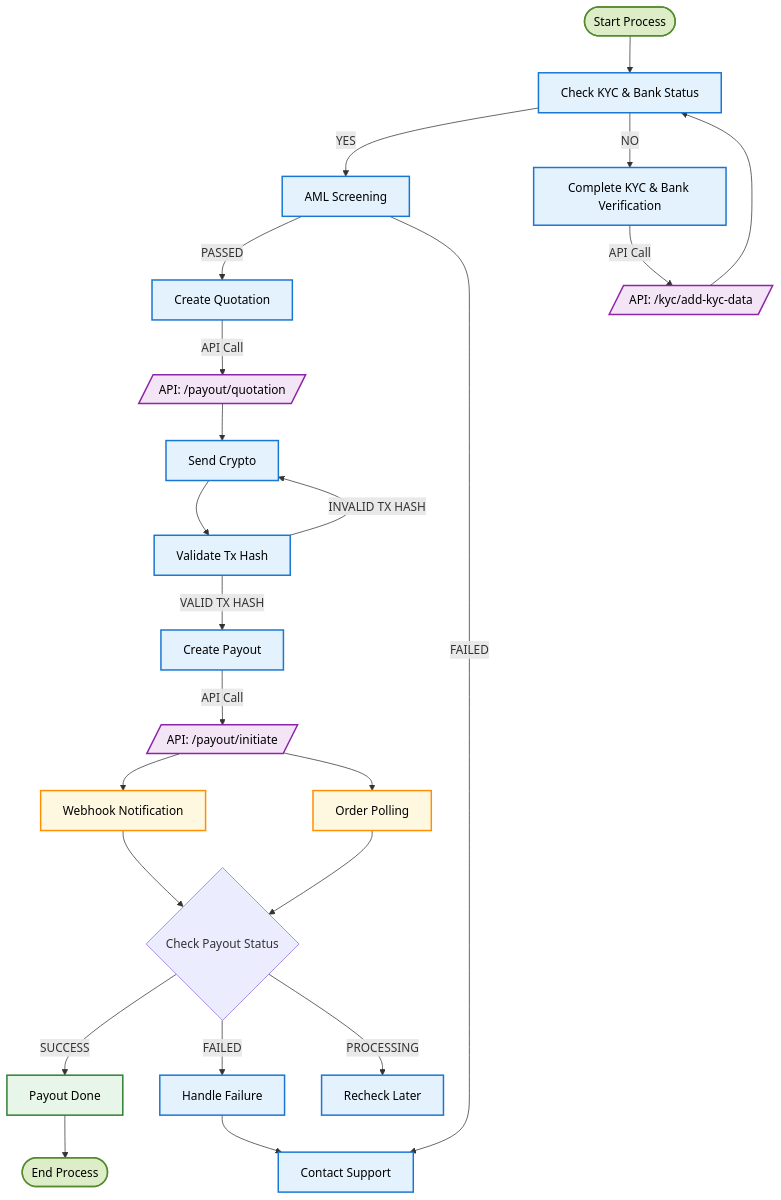
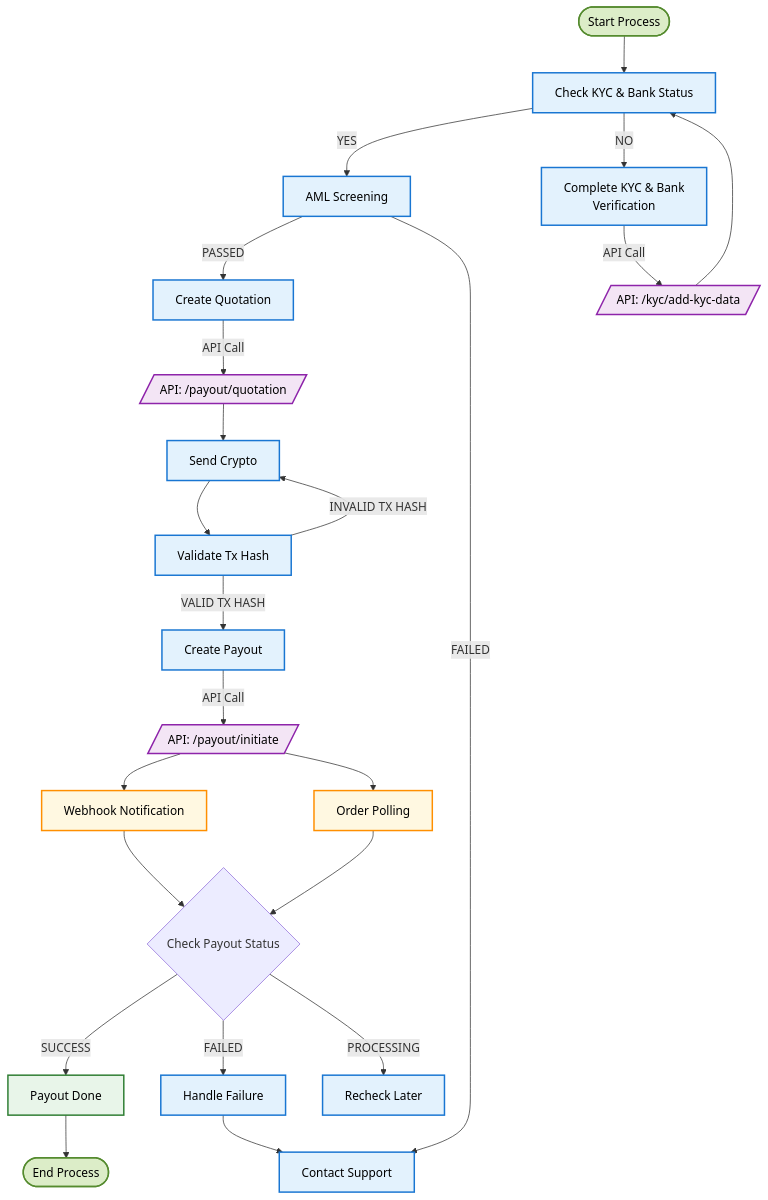
Before and after one commit to DollarPe-Infra/docs: the first of 2 diagrams in api-reference-other/integration-guides/payout-integration-guide.mdx, drawn with Mermaid. The commit also changed other lines of this file and 7 other files, not shown here.

````diff
--- a/api-reference-other/integration-guides/payout-integration-guide.mdx
+++ b/api-reference-other/integration-guides/payout-integration-guide.mdx
@@ -45,48 +45,49 @@
 ```mermaid
 flowchart TD
     Start([Start Process]) --> CheckKYC[Check KYC & Bank Status]
     CheckKYC -->|YES| AMLScreening[AML Screening]
-    CheckKYC -->|NO| AddKYC[Complete KYC & Bank Verification]
-    
+    CheckKYC -->|NO| AddKYC["Complete KYC & Bank 
+    Verification"]
+
     AddKYC -->|API Call| KycAPI[/API: /kyc/add-kyc-data/]
     KycAPI --> CheckKYC
 
     AMLScreening -->|PASSED| CreateQuote[Create Quotation]
     AMLScreening -->|FAILED| ContactSupport[Contact Support]
 
     CreateQuote -->|API Call| QuoteAPI[/API: /payout/quotation/]
     QuoteAPI --> SendCrypto[Send Crypto]
 
     SendCrypto --> ValidateTx[Validate Tx Hash]
 
     ValidateTx -->|VALID TX HASH| CreatePayout[Create Payout]
     ValidateTx -->|INVALID TX HASH| SendCrypto
 
     CreatePayout -->|API Call| PayoutAPI[/API: /payout/initiate/]
     PayoutAPI --> WebhookNotification[Webhook Notification]
     PayoutAPI --> PollStatus[Order Polling]
 
     WebhookNotification --> PayoutStatus{Check Payout Status}
     PollStatus --> PayoutStatus
 
     PayoutStatus -->|SUCCESS| PayoutDone[Payout Done]
     PayoutStatus -->|FAILED| HandleFail[Handle Failure]
     PayoutStatus -->|PROCESSING| WaitRetry[Recheck Later]
 
     HandleFail --> ContactSupport
     PayoutDone --> End([End Process])
 
     classDef startEndNode fill:#dcedc8,stroke:#558b2f,stroke-width:2px,color:#000
     classDef mainNode fill:#e3f2fd,stroke:#1976d2,stroke-width:2px,color:#000
     classDef apiNode fill:#f3e5f5,stroke:#8e24aa,stroke-width:2px,color:#000
     classDef stateNode fill:#e8f5e9,stroke:#2e7d32,stroke-width:2px,color:#000
     classDef failureNode fill:#ffebee,stroke:#c62828,stroke-width:2px,color:#000
     classDef waitNode fill:#fff8e1,stroke:#ff8f00,stroke-width:2px,color:#000
 
     class Start,End startEndNode
     class CheckKYC,AddKYC,AMLScreening,CreateQuote,SendCrypto,ValidateTx,CreatePayout,HandleFail,ContactSupport,WaitRetry mainNode
     class KycAPI,QuoteAPI,SendAPI,PayoutAPI apiNode
     class WebhookNotification,PollStatus waitNode
     class PayoutDone stateNode
     class PayoutStatus decision
 ```
````
